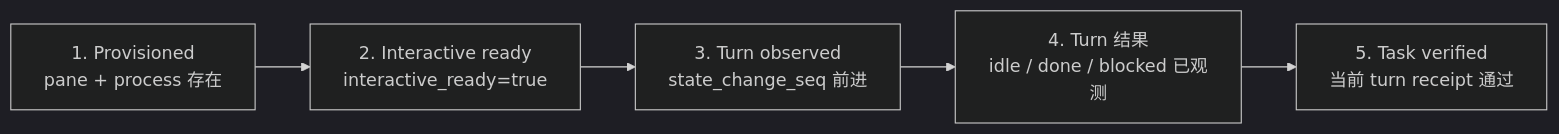
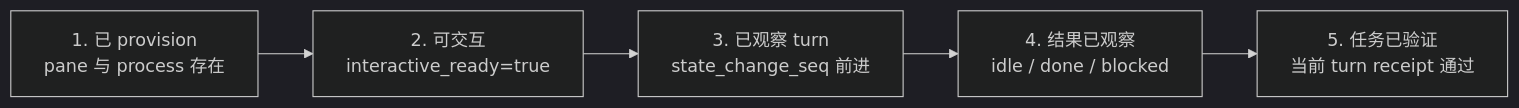
The first of 2 diagrams in droid-wiki/background/runtime-lessons.md (oldwinter/herdr-orchestrator), drawn with Mermaid (dark theme) before and after one commit. The commit also changed other lines of this file and 62 other files, not shown here.

````diff
--- a/droid-wiki/background/runtime-lessons.md
+++ b/droid-wiki/background/runtime-lessons.md
@@ -12,9 +17,9 @@
 ```mermaid
 flowchart LR
-    P["1. Provisioned<br/>pane + process 存在"]
-    R["2. Interactive ready<br/>interactive_ready=true"]
-    T["3. Turn observed<br/>state_change_seq 前进"]
-    S["4. Turn 结果<br/>idle / done / blocked 已观测"]
-    V["5. Task verified<br/>当前 turn receipt 通过"]
+    P[1. 已 provision<br/>pane 与 process 存在]
+    R[2. 可交互<br/>interactive_ready=true]
+    T[3. 已观察 turn<br/>state_change_seq 前进]
+    S[4. 结果已观察<br/>idle / done / blocked]
+    V[5. 任务已验证<br/>当前 turn receipt 通过]
     P --> R --> T --> S --> V
 ```
````
